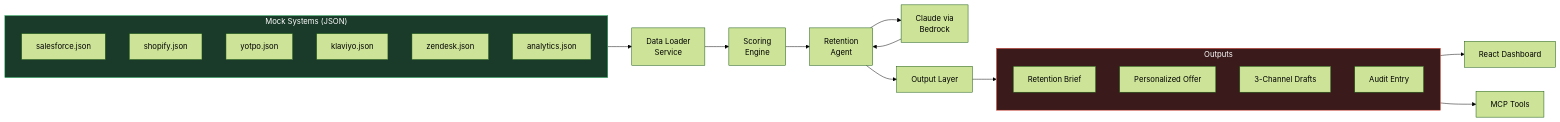
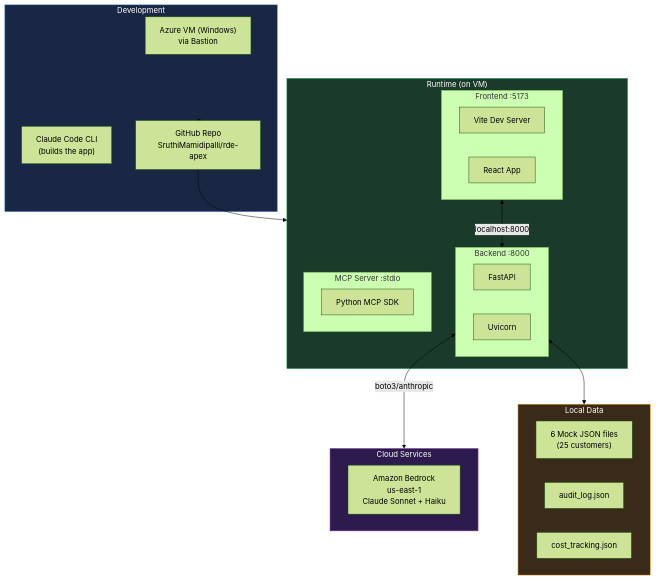
One commit to SruthiMamidipalli/rde-apex changed the eighth of 8 diagrams in .kiro/specs/apex-loyalty-ai-retention/architecture-diagrams.md. Above: the diagram before and after it, drawn with Mermaid (forest theme). The commit also changed other lines of this file and 2 other files, not shown here.

Commit message:
add feature list, spec document, updated architecture diagrams with cost optimization

````diff
--- a/.kiro/specs/apex-loyalty-ai-retention/architecture-diagrams.md
+++ b/.kiro/specs/apex-loyalty-ai-retention/architecture-diagrams.md
@@ -258,32 +437,42 @@
 ```mermaid
-flowchart LR
-    subgraph MOCK["Mock Systems (JSON)"]
-        M1["salesforce.json"]
-        M2["shopify.json"]
-        M3["yotpo.json"]
-        M4["klaviyo.json"]
-        M5["zendesk.json"]
-        M6["analytics.json"]
+flowchart TB
+    subgraph DEV["Development"]
+        VM["Azure VM (Windows)<br/>via Bastion"]
+        CLAUDE_CLI["Claude Code CLI<br/>(builds the app)"]
+        GIT["GitHub Repo<br/>SruthiMamidipalli/rde-apex"]
     end
 
-    MOCK --> LOADER["Data Loader<br/>Service"]
-    LOADER --> SCORE["Scoring<br/>Engine"]
-    SCORE --> AGENT["Retention<br/>Agent"]
-    AGENT --> AOAI["Claude via<br/>Bedrock"]
-    AOAI --> AGENT
-    AGENT --> OUTPUT["Output Layer"]
-
-    subgraph OUTPUT_DETAIL["Outputs"]
-        BRIEF_OUT["Retention Brief"]
-        OFFER_OUT["Personalized Offer"]
-        OUTREACH_OUT["3-Channel Drafts"]
-        AUDIT_OUT["Audit Entry"]
+    subgraph RUNTIME["Runtime (on VM)"]
+        subgraph BE["Backend :8000"]
+            FASTAPI["FastAPI"]
+            UVICORN["Uvicorn"]
+        end
+        subgraph FE["Frontend :5173"]
+            VITE["Vite Dev Server"]
+            REACT["React App"]
+        end
+        subgraph MCP_RT["MCP Server :stdio"]
+            MCP_PY["Python MCP SDK"]
+        end
     end
 
-    OUTPUT --> OUTPUT_DETAIL
-    OUTPUT_DETAIL --> DASH["React Dashboard"]
-    OUTPUT_DETAIL --> MCP_OUT["MCP Tools"]
+    subgraph CLOUD["Cloud Services"]
+        BEDROCK["Amazon Bedrock<br/>us-east-1<br/>Claude Sonnet + Haiku"]
+    end
 
-    style MOCK fill:#1a3a2a,stroke:#27ae60,color:#fff
-    style OUTPUT_DETAIL fill:#3a1a1a,stroke:#e74c3c,color:#fff
+    subgraph DATA_RT["Local Data"]
+        JSON_FILES["6 Mock JSON files<br/>(25 customers)"]
+        AUDIT_FILE["audit_log.json"]
+        COST_FILE["cost_tracking.json"]
+    end
+
+    DEV --> GIT --> RUNTIME
+    BE <-->|"boto3/anthropic"| CLOUD
+    BE <--> DATA_RT
+    FE <-->|"localhost:8000"| BE
+
+    style DEV fill:#1a2744,stroke:#4a90d9,color:#fff
+    style RUNTIME fill:#1a3a2a,stroke:#27ae60,color:#fff
+    style CLOUD fill:#2d1b4e,stroke:#9b59b6,color:#fff
+    style DATA_RT fill:#3a2a1a,stroke:#f39c12,color:#fff
 ```
````
